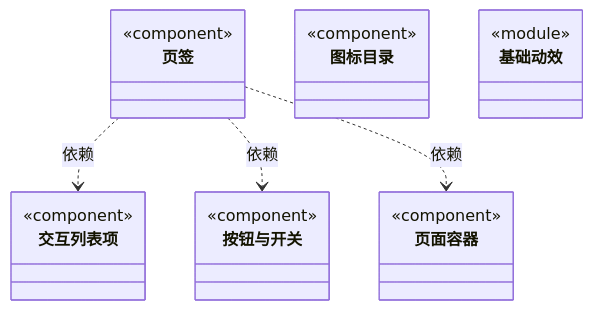
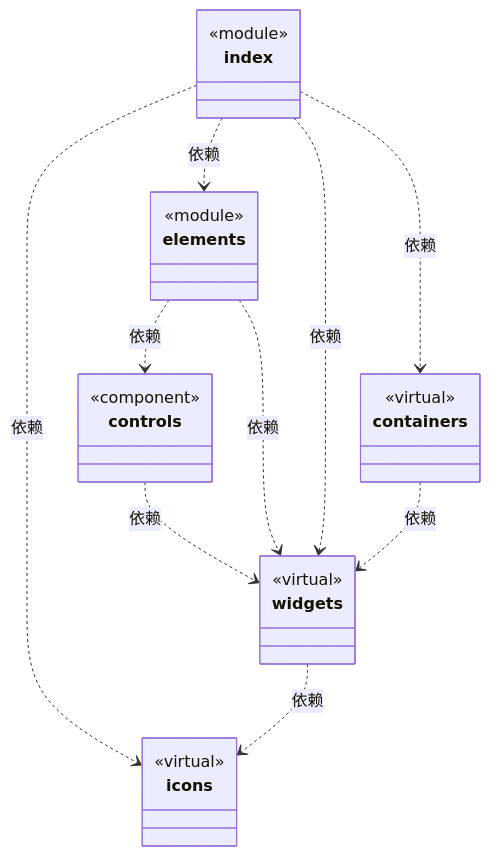
One commit to nan023062/cbim changed the first of 2 diagrams in src/framework-ui/ARCHITECTURE.md. Above: the diagram before and after it, drawn with Mermaid. The commit also changed other lines of this file and 54 other files, not shown here.

Commit message:
refactor(ui): separate interactions, containers and widgets behind a shared entry point

````diff
--- a/src/framework-ui/ARCHITECTURE.md
+++ b/src/framework-ui/ARCHITECTURE.md
@@ -33,30 +32,36 @@
 ```mermaid
 classDiagram
-class N_d6cfce102f6a["页签"] {
+class N_bbfa01896bb3["widgets"] {
+  <<virtual>>
+}
+click N_bbfa01896bb3 href "widgets/ARCHITECTURE.md"
+class N_b168e4b82143["controls"] {
   <<component>>
 }
-click N_d6cfce102f6a href "tabs.tsx"
-class N_287f2641044d["交互列表项"] {
-  <<component>>
-}
-click N_287f2641044d href "controls.tsx"
-class N_839af352b600["按钮与开关"] {
-  <<component>>
-}
-click N_839af352b600 href "controls.tsx"
-class N_b7085d8c631d["页面容器"] {
-  <<component>>
-}
-click N_b7085d8c631d href "screen.tsx"
-class N_a0fdd898c6e7["图标目录"] {
-  <<component>>
-}
-click N_a0fdd898c6e7 href "Icon.tsx"
-class N_eb4a81dc8613["基础动效"] {
+click N_b168e4b82143 href "controls.tsx"
+class N_c0f5b5c6bbcb["elements"] {
   <<module>>
 }
-click N_eb4a81dc8613 href "ui-tween.css"
-N_d6cfce102f6a ..> N_287f2641044d : 依赖
-N_d6cfce102f6a ..> N_839af352b600 : 依赖
-N_d6cfce102f6a ..> N_b7085d8c631d : 依赖
+click N_c0f5b5c6bbcb href "elements.ts"
+class N_f36918aa9143["index"] {
+  <<module>>
+}
+click N_f36918aa9143 href "index.ts"
+class N_788f2c75b21b["containers"] {
+  <<virtual>>
+}
+click N_788f2c75b21b href "containers/ARCHITECTURE.md"
+class N_3db91ab854e7["icons"] {
+  <<virtual>>
+}
+click N_3db91ab854e7 href "icons/ARCHITECTURE.md"
+N_b168e4b82143 ..> N_bbfa01896bb3 : 依赖
+N_c0f5b5c6bbcb ..> N_b168e4b82143 : 依赖
+N_c0f5b5c6bbcb ..> N_bbfa01896bb3 : 依赖
+N_f36918aa9143 ..> N_c0f5b5c6bbcb : 依赖
+N_f36918aa9143 ..> N_788f2c75b21b : 依赖
+N_f36918aa9143 ..> N_3db91ab854e7 : 依赖
+N_f36918aa9143 ..> N_bbfa01896bb3 : 依赖
+N_788f2c75b21b ..> N_bbfa01896bb3 : 依赖
+N_bbfa01896bb3 ..> N_3db91ab854e7 : 依赖
 ```
````
